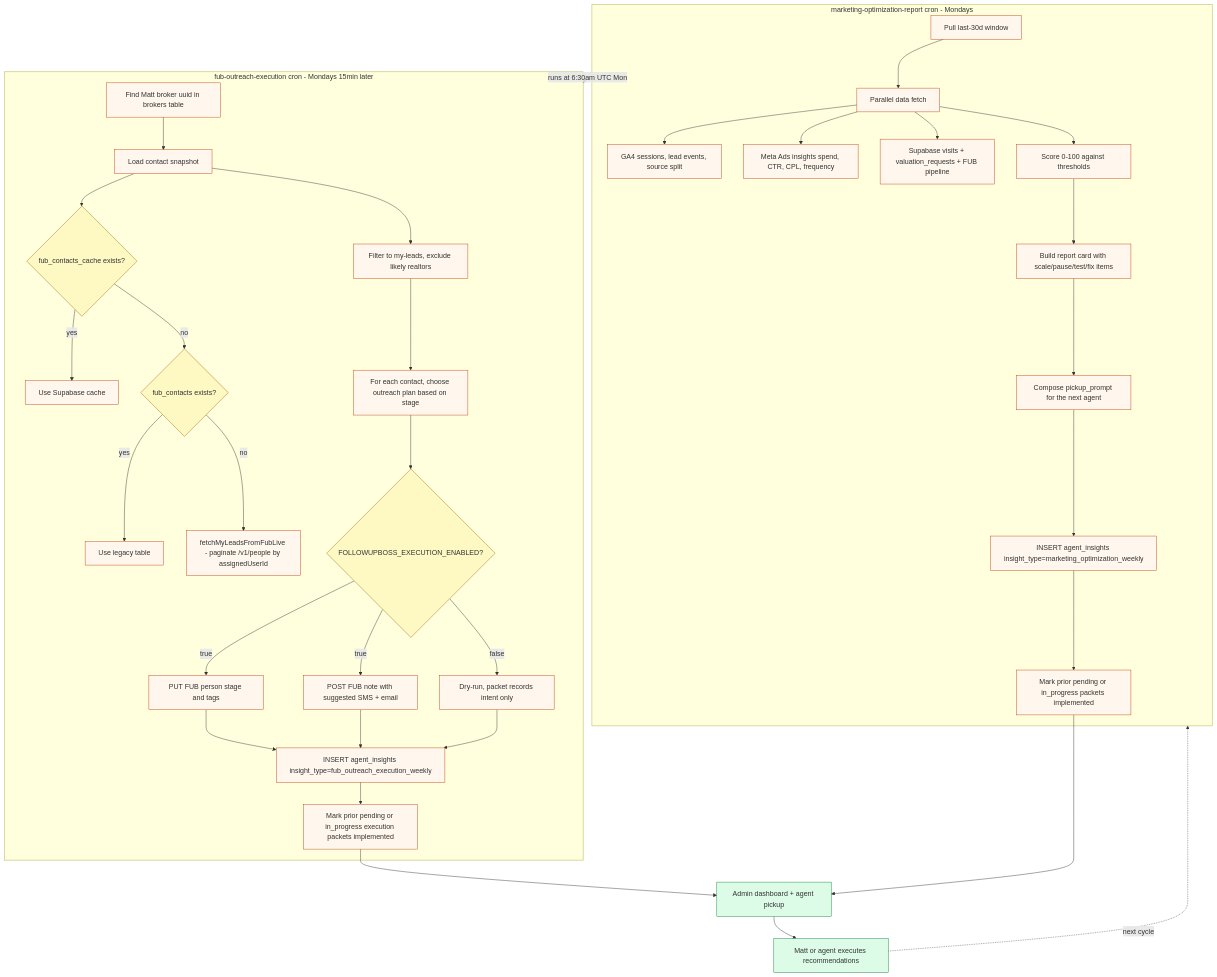
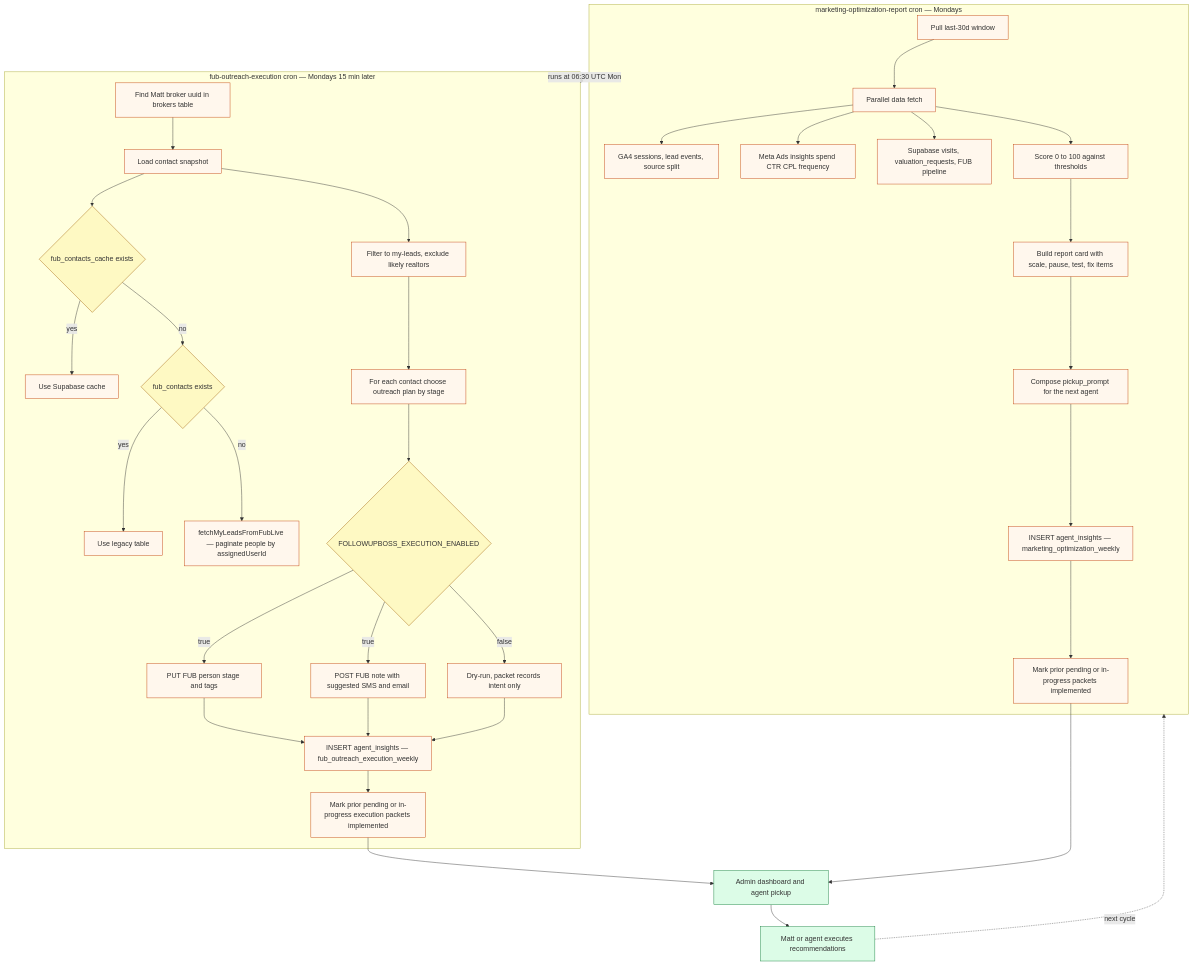
The fifth of 9 diagrams in docs/FACEBOOK_SELLER_GROWTH_PIPELINE.md (RyanRealty/RyanRealty), drawn with Mermaid before and after one commit. The commit also changed other lines of this file and 2 other files, not shown here.

First line of the commit message:
fix(docs): rewrite pipeline doc mermaid blocks for mermaid 11 strict parser

````diff
--- a/docs/FACEBOOK_SELLER_GROWTH_PIPELINE.md
+++ b/docs/FACEBOOK_SELLER_GROWTH_PIPELINE.md
@@ -275,54 +275,54 @@
 ```mermaid
 flowchart TB
-    subgraph MOR[marketing-optimization-report cron - Mondays]
-        MOR1[Pull last-30d window]
-        MOR2[Parallel data fetch]
-        MOR2 --> MOR2a[GA4 sessions, lead events, source split]
-        MOR2 --> MOR2b[Meta Ads insights spend, CTR, CPL, frequency]
-        MOR2 --> MOR2c[Supabase visits + valuation_requests + FUB pipeline]
-        MOR3[Score 0-100 against thresholds]
-        MOR4[Build report card with scale/pause/test/fix items]
-        MOR5[Compose pickup_prompt for the next agent]
-        MOR6[INSERT agent_insights insight_type=marketing_optimization_weekly]
-        MOR7[Mark prior pending or in_progress packets implemented]
+    subgraph MOR["marketing-optimization-report cron — Mondays"]
+        MOR1["Pull last-30d window"]
+        MOR2["Parallel data fetch"]
+        MOR2 --> MOR2a["GA4 sessions, lead events, source split"]
+        MOR2 --> MOR2b["Meta Ads insights spend CTR CPL frequency"]
+        MOR2 --> MOR2c["Supabase visits, valuation_requests, FUB pipeline"]
+        MOR3["Score 0 to 100 against thresholds"]
+        MOR4["Build report card with scale, pause, test, fix items"]
+        MOR5["Compose pickup_prompt for the next agent"]
+        MOR6["INSERT agent_insights — marketing_optimization_weekly"]
+        MOR7["Mark prior pending or in-progress packets implemented"]
         MOR1 --> MOR2 --> MOR3 --> MOR4 --> MOR5 --> MOR6 --> MOR7
     end
 
-    subgraph FOE[fub-outreach-execution cron - Mondays 15min later]
-        FOE1[Find Matt broker uuid in brokers table]
-        FOE2[Load contact snapshot]
-        FOE2 --> FOE2a{fub_contacts_cache exists?}
-        FOE2a -->|yes| FOE2b[Use Supabase cache]
-        FOE2a -->|no| FOE2c{fub_contacts exists?}
-        FOE2c -->|yes| FOE2d[Use legacy table]
-        FOE2c -->|no| FOE2e[fetchMyLeadsFromFubLive - paginate /v1/people by assignedUserId]
-        FOE3[Filter to my-leads, exclude likely realtors]
-        FOE4[For each contact, choose outreach plan based on stage]
-        FOE5{FOLLOWUPBOSS_EXECUTION_ENABLED?}
-        FOE5 -->|true| FOE6a[PUT FUB person stage and tags]
-        FOE5 -->|true| FOE6b[POST FUB note with suggested SMS + email]
-        FOE5 -->|false| FOE6c[Dry-run, packet records intent only]
-        FOE7[INSERT agent_insights insight_type=fub_outreach_execution_weekly]
-        FOE8[Mark prior pending or in_progress execution packets implemented]
+    subgraph FOE["fub-outreach-execution cron — Mondays 15 min later"]
+        FOE1["Find Matt broker uuid in brokers table"]
+        FOE2["Load contact snapshot"]
+        FOE2 --> FOE2a{"fub_contacts_cache exists"}
+        FOE2a -->|yes| FOE2b["Use Supabase cache"]
+        FOE2a -->|no| FOE2c{"fub_contacts exists"}
+        FOE2c -->|yes| FOE2d["Use legacy table"]
+        FOE2c -->|no| FOE2e["fetchMyLeadsFromFubLive — paginate people by assignedUserId"]
+        FOE3["Filter to my-leads, exclude likely realtors"]
+        FOE4["For each contact choose outreach plan by stage"]
+        FOE5{"FOLLOWUPBOSS_EXECUTION_ENABLED"}
+        FOE5 -->|true| FOE6a["PUT FUB person stage and tags"]
+        FOE5 -->|true| FOE6b["POST FUB note with suggested SMS and email"]
+        FOE5 -->|false| FOE6c["Dry-run, packet records intent only"]
+        FOE7["INSERT agent_insights — fub_outreach_execution_weekly"]
+        FOE8["Mark prior pending or in-progress execution packets implemented"]
         FOE1 --> FOE2 --> FOE3 --> FOE4 --> FOE5
         FOE6a --> FOE7
         FOE6b --> FOE7
         FOE6c --> FOE7
         FOE7 --> FOE8
     end
 
-    MOR -.runs at 6:30am UTC Mon.-> FOE
-    MOR7 --> AGENT[Admin dashboard + agent pickup]
+    MOR -. runs at 06:30 UTC Mon .-> FOE
+    MOR7 --> AGENT["Admin dashboard and agent pickup"]
     FOE8 --> AGENT
-    AGENT --> ACTION[Matt or agent executes recommendations]
+    AGENT --> ACTION["Matt or agent executes recommendations"]
     ACTION -. next cycle .-> MOR
 
     classDef step fill:#fff7ed,stroke:#c2410c
     classDef decision fill:#fef9c3,stroke:#a16207
     classDef action fill:#dcfce7,stroke:#15803d
 
     class MOR1,MOR2,MOR2a,MOR2b,MOR2c,MOR3,MOR4,MOR5,MOR6,MOR7 step
     class FOE1,FOE2,FOE2b,FOE2d,FOE2e,FOE3,FOE4,FOE6a,FOE6b,FOE6c,FOE7,FOE8 step
     class FOE2a,FOE2c,FOE5 decision
     class AGENT,ACTION action
 ```
````
